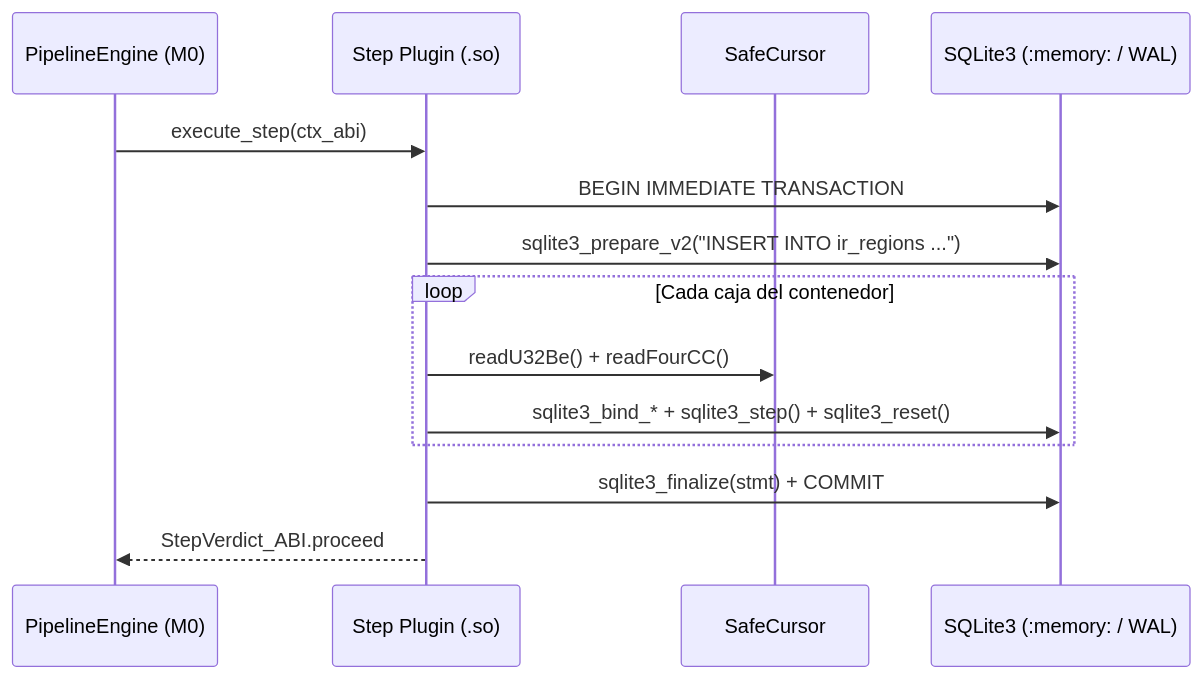
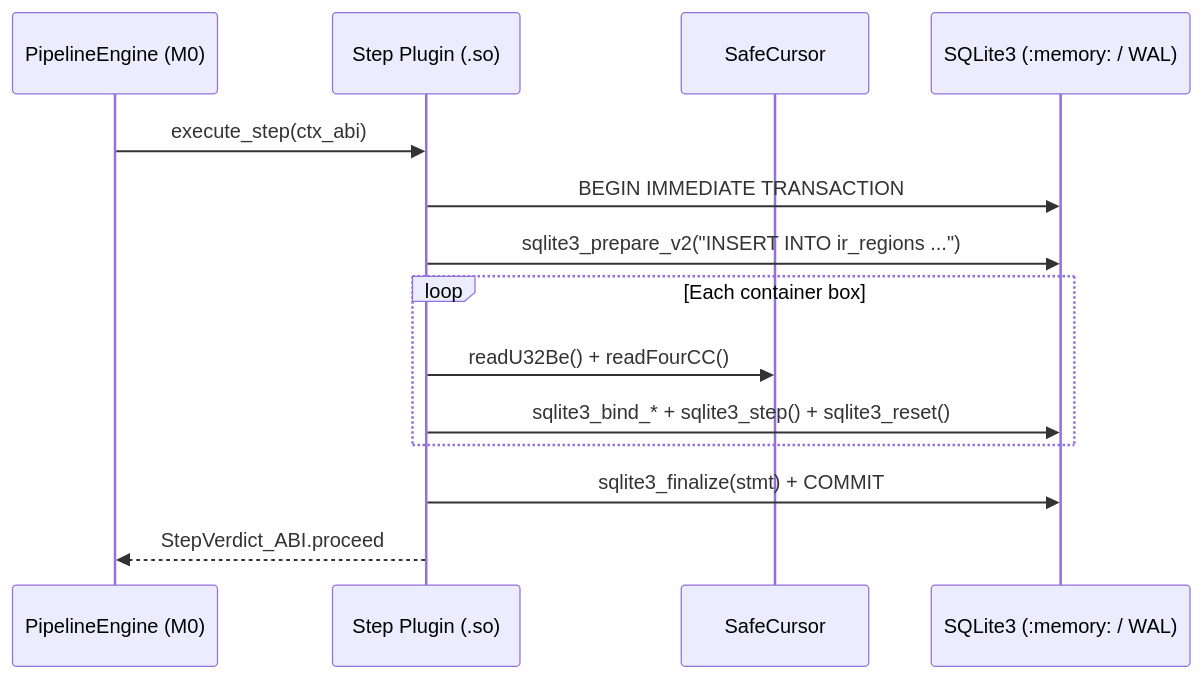
The second of 2 diagrams in docs/v1/specs/MILESTONE_TEMPLATE.md (g-gar/vidsec), drawn with Mermaid before and after one commit. The commit also changed other lines of this file and 8 other files, not shown here.

Commit message:
docs(v1): translate v1 architecture and milestone specs to English and remove local paths

````diff
--- a/docs/v1/specs/MILESTONE_TEMPLATE.md
+++ b/docs/v1/specs/MILESTONE_TEMPLATE.md
@@ -94,17 +94,17 @@
    ```mermaid
    sequenceDiagram
        participant Host as PipelineEngine (M0)
        participant Plugin as Step Plugin (.so)
        participant Cursor as SafeCursor
        participant DB as SQLite3 (:memory: / WAL)
 
        Host->>Plugin: execute_step(ctx_abi)
        Plugin->>DB: BEGIN IMMEDIATE TRANSACTION
        Plugin->>DB: sqlite3_prepare_v2("INSERT INTO ir_regions ...")
-       loop Cada caja del contenedor
+       loop Each container box
            Plugin->>Cursor: readU32Be() + readFourCC()
            Plugin->>DB: sqlite3_bind_* + sqlite3_step() + sqlite3_reset()
        end
        Plugin->>DB: sqlite3_finalize(stmt) + COMMIT
        Plugin-->>Host: StepVerdict_ABI.proceed
    ```
````
